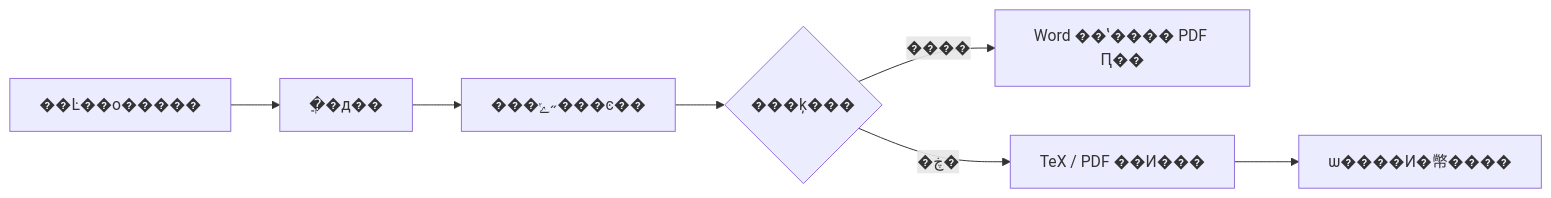
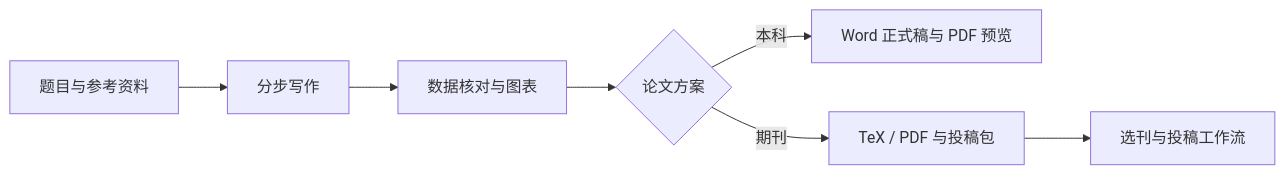
One commit to TYSJY/unified-paper-workbench changed the diagram in README.md. Above: the diagram before and after it, drawn with Mermaid. The commit also changed other lines of this file and 4 other files, not shown here.

````diff
--- a/README.md
+++ b/README.md
@@ -145,9 +145,9 @@
 ```mermaid
 flowchart LR
-    A[��Ŀ��ο�����] --> B[�ֲ�д��]
-    B --> C[���ݺ˶���ͼ��]
-    C --> D{���ķ���}
-    D -->|����| E[Word ��ʽ���� PDF Ԥ��]
-    D -->|�ڿ�| F[TeX / PDF ��Ͷ���]
-    F --> G[ѡ����Ͷ�幤����]
+    A[题目与参考资料] --> B[分步写作]
+    B --> C[数据核对与图表]
+    C --> D{论文方案}
+    D -->|本科| E[Word 正式稿与 PDF 预览]
+    D -->|期刊| F[TeX / PDF 与投稿包]
+    F --> G[选刊与投稿工作流]
 ```
````
